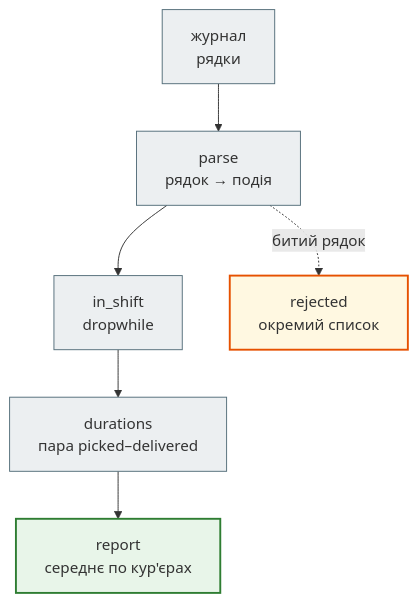
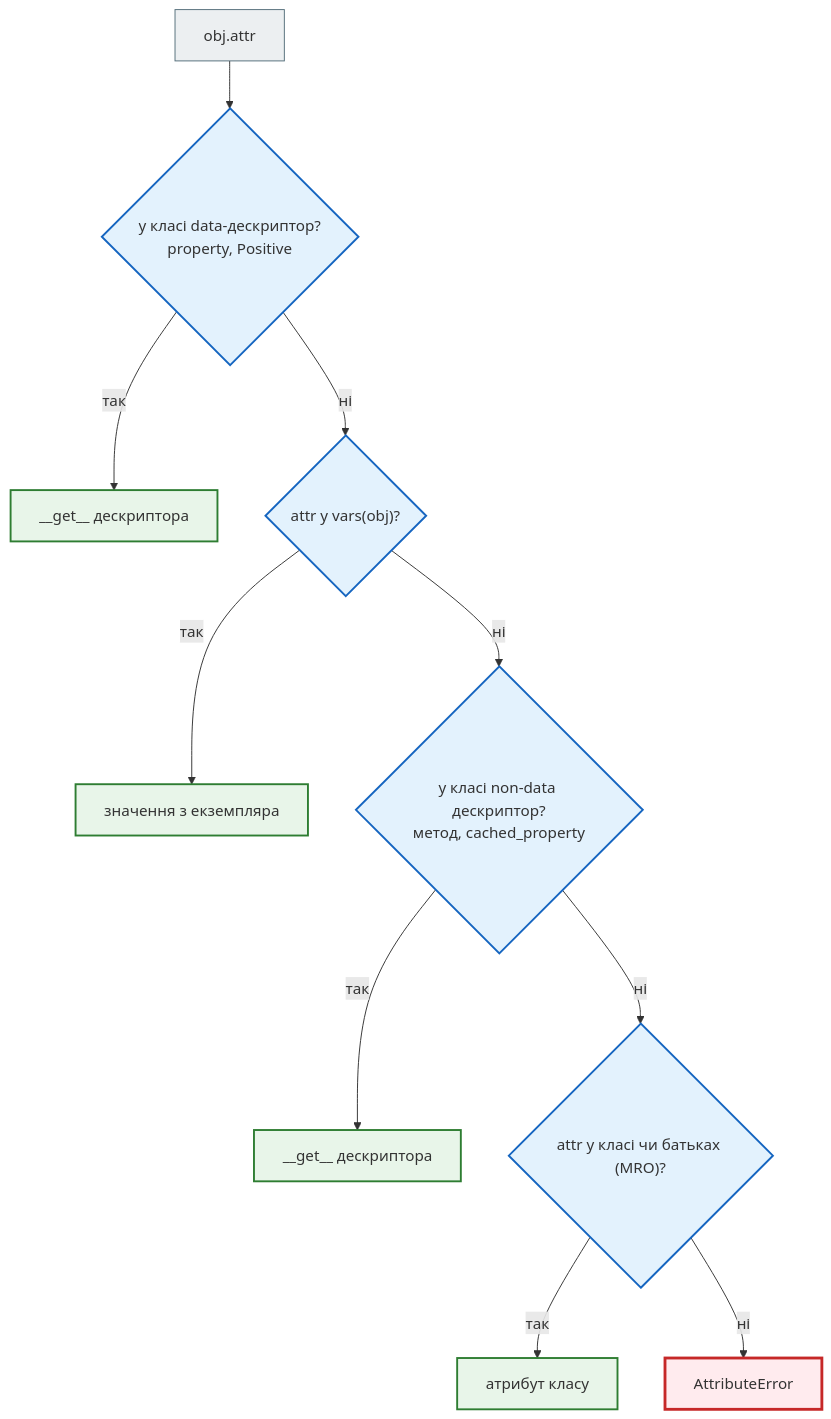
One commit to AlinaRadchenko/PY-Course-Victor-Nikoriak-22-09-2026 changed the second of 4 diagrams in docs/modules/m2/lesson_24.md. Above: the diagram before and after it, drawn with Mermaid. The commit also changed other lines of this file and 1846 other files, not shown here.

````diff
--- a/docs/modules/m2/lesson_24.md
+++ b/docs/modules/m2/lesson_24.md
@@ -538,18 +514,23 @@
 ```mermaid
 flowchart TD
     classDef step     fill:#eceff1,stroke:#546e7a,stroke-width:1px;
     classDef decision fill:#e3f2fd,stroke:#1565c0,stroke-width:2px;
     classDef success  fill:#e8f5e9,stroke:#2e7d32,stroke-width:2px;
     classDef error    fill:#ffebee,stroke:#c62828,stroke-width:3px;
     classDef warning  fill:#fff8e1,stroke:#e65100,stroke-width:2px;
 
-    SRC["журнал<br>рядки"] --> P["parse<br>рядок → подія"]
-    P --> S["in_shift<br>dropwhile"]
-    S --> D["durations<br>пара picked–delivered"]
-    D --> R["report<br>середнє по кур'єрах"]
-    P -. "битий рядок" .-> REJ["rejected<br>окремий список"]
+    A["obj.attr"] --> D1{"у класі data-дескриптор?<br>property, Positive"}
+    D1 -- так --> G1["__get__ дескриптора"]
+    D1 -- ні --> D2{"attr у vars(obj)?"}
+    D2 -- так --> V["значення з екземпляра"]
+    D2 -- ні --> D3{"у класі non-data дескриптор?<br>метод, cached_property"}
+    D3 -- так --> G2["__get__ дескриптора"]
+    D3 -- ні --> D4{"attr у класі чи батьках (MRO)?"}
+    D4 -- так --> C["атрибут класу"]
+    D4 -- ні --> E["AttributeError"]
 
-    class SRC,P,S,D step
-    class R success
-    class REJ warning
+    class A step
+    class D1,D2,D3,D4 decision
+    class G1,G2,V,C success
+    class E error
 ```
````
